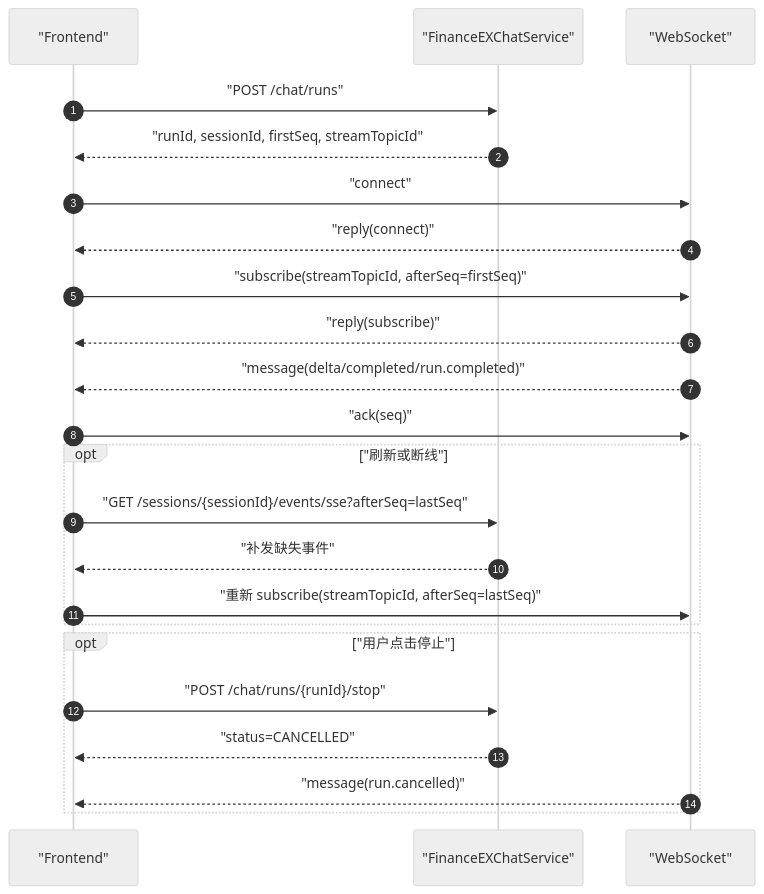
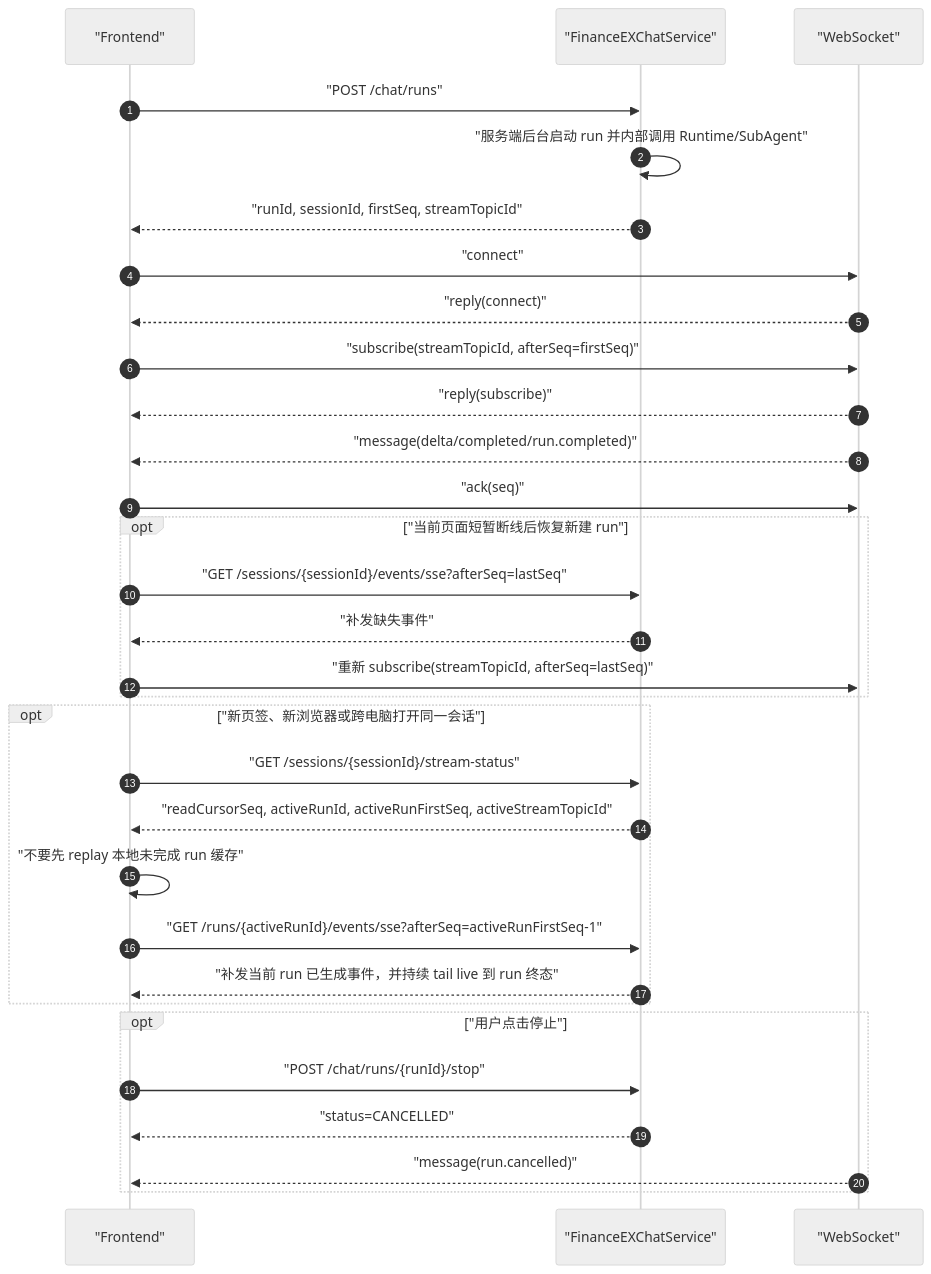
One commit to kunben-duck/exweb changed the diagram in docs/frontend-integration.md. Above: the diagram before and after it, drawn with Mermaid (neutral theme). The commit also changed other lines of this file and 50 other files, not shown here.

````diff
--- a/docs/frontend-integration.md
+++ b/docs/frontend-integration.md
@@ -50,28 +128,37 @@
 ```mermaid
 sequenceDiagram
     autonumber
     participant UI as "Frontend"
     participant API as "FinanceEXChatService"
     participant WS as "WebSocket"
 
     UI->>API: "POST /chat/runs"
+    API->>API: "服务端后台启动 run 并内部调用 Runtime/SubAgent"
     API-->>UI: "runId, sessionId, firstSeq, streamTopicId"
     UI->>WS: "connect"
     WS-->>UI: "reply(connect)"
     UI->>WS: "subscribe(streamTopicId, afterSeq=firstSeq)"
     WS-->>UI: "reply(subscribe)"
     WS-->>UI: "message(delta/completed/run.completed)"
     UI->>WS: "ack(seq)"
 
-    opt "刷新或断线"
+    opt "当前页面短暂断线后恢复新建 run"
         UI->>API: "GET /sessions/{sessionId}/events/sse?afterSeq=lastSeq"
         API-->>UI: "补发缺失事件"
         UI->>WS: "重新 subscribe(streamTopicId, afterSeq=lastSeq)"
+    end
+
+    opt "新页签、新浏览器或跨电脑打开同一会话"
+        UI->>API: "GET /sessions/{sessionId}/stream-status"
+        API-->>UI: "readCursorSeq, activeRunId, activeRunFirstSeq, activeStreamTopicId"
+        UI->>UI: "不要先 replay 本地未完成 run 缓存"
+        UI->>API: "GET /runs/{activeRunId}/events/sse?afterSeq=activeRunFirstSeq-1"
+        API-->>UI: "补发当前 run 已生成事件，并持续 tail live 到 run 终态"
     end
 
     opt "用户点击停止"
         UI->>API: "POST /chat/runs/{runId}/stop"
         API-->>UI: "status=CANCELLED"
         WS-->>UI: "message(run.cancelled)"
     end
 ```
````
